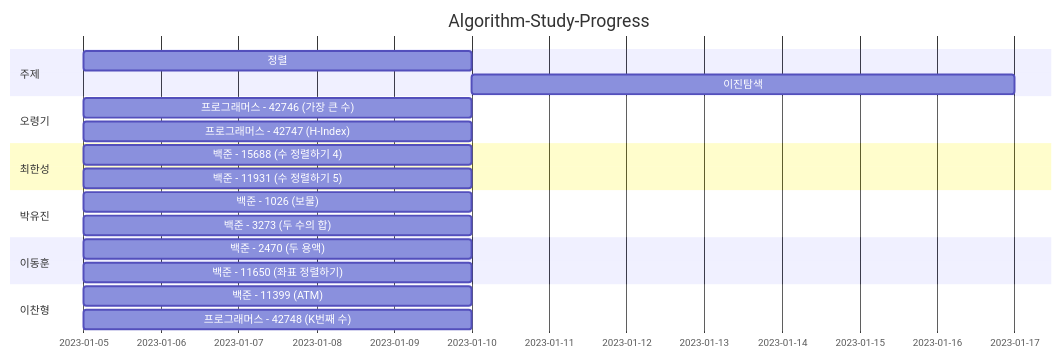
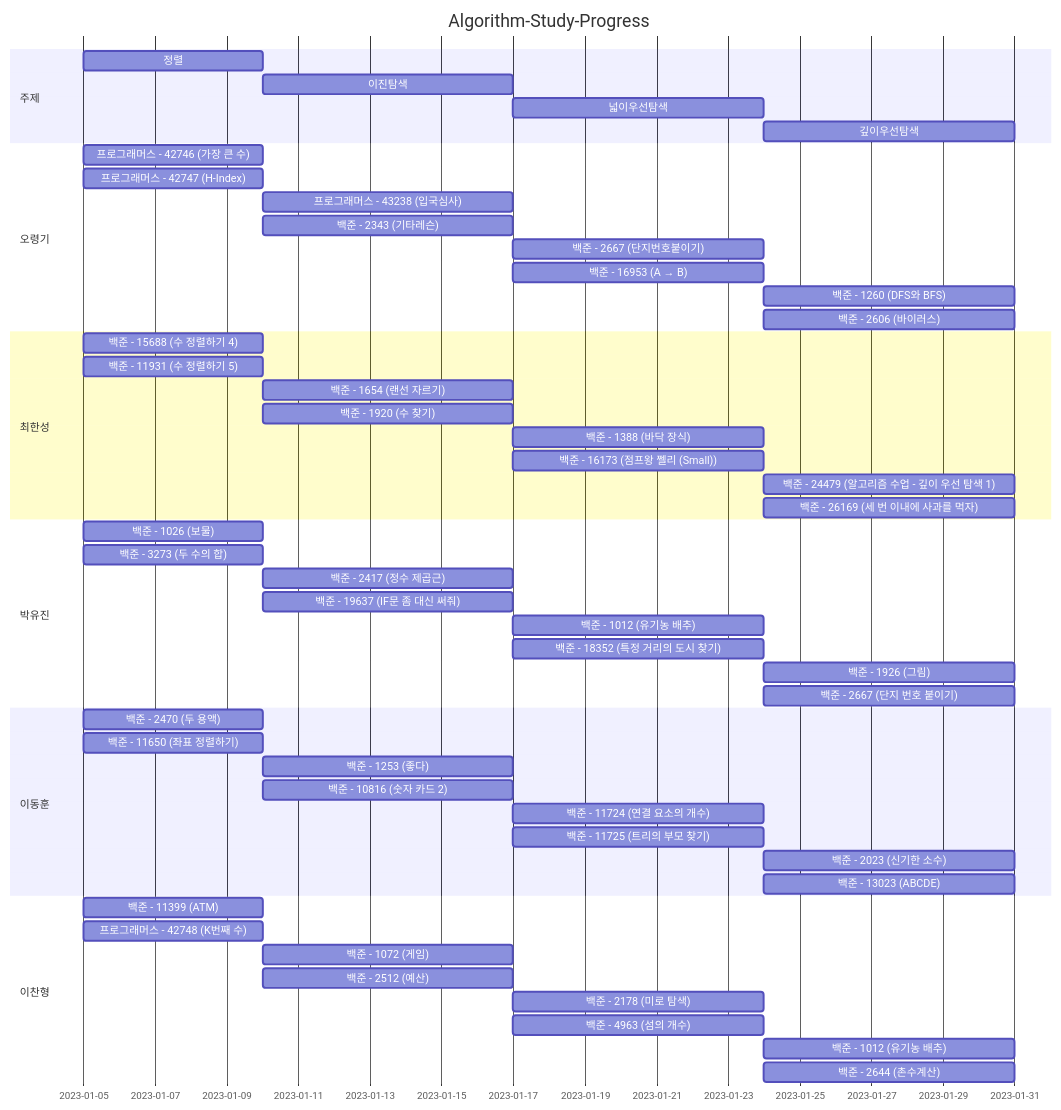
Before and after one commit to Hell-O-Algorithm/Algorithm-Wiki: the diagram in README.md, drawn with Mermaid. The commit also changed other lines of this file, not shown here.

Commit message:
update : README

````diff
--- a/README.md
+++ b/README.md
@@ -32,31 +60,62 @@
 ```mermaid
 gantt
 dateFormat YYYY-MM-DD
 title Algorithm-Study-Progress
 
     section 주제
     정렬      :chap1, 2023-01-05, 2023-01-10
     이진탐색    :chap2, 2023-01-10, 2023-01-17
-    
+    넓이우선탐색 :chap3, 2023-01-17, 2023-01-24
+    깊이우선탐색 :chap4, 2023-01-24, 2023-01-31
 
     section 오령기
-    프로그래머스 - 42746 (가장 큰 수)    : chap1, 2023-01-05, 2023-01-10
-    프로그래머스 - 42747 (H-Index)    : chap1, 2023-01-05, 2023-01-10
-
+    프로그래머스 - 42746 (가장 큰 수)   :chap1, 2023-01-05, 2023-01-10
+    프로그래머스 - 42747 (H-Index)   :chap1, 2023-01-05, 2023-01-10
+    프로그래머스 - 43238 (입국심사)    :chap2, 2023-01-10, 2023-01-17
+    백준 - 2343 (기타레슨)           :chap2, 2023-01-10, 2023-01-17
+    백준 - 2667 (단지번호붙이기)       :chap3, 2023-01-17, 2023-01-24
+    백준 - 16953 (A → B)           :chap3, 2023-01-17, 2023-01-24
+    백준 - 1260 (DFS와 BFS)        :chap4, 2023-01-24, 2023-01-31
+    백준 - 2606 (바이러스)           :chap4, 2023-01-24, 2023-01-31
+    
     section 최한성
-    백준 - 15688 (수 정렬하기 4)   : chap1, 2023-01-05, 2023-01-10
-    백준 - 11931 (수 정렬하기 5)    : chap1, 2023-01-05, 2023-01-10
+    백준 - 15688 (수 정렬하기 4)               :chap1, 2023-01-05, 2023-01-10
+    백준 - 11931 (수 정렬하기 5)               :chap1, 2023-01-05, 2023-01-10
+    백준 - 1654 (랜선 자르기)                  :chap2, 2023-01-10, 2023-01-17
+    백준 - 1920 (수 찾기)                     :chap2, 2023-01-10, 2023-01-17
+    백준 - 1388 (바닥 장식)                    :chap3, 2023-01-17, 2023-01-24
+    백준 - 16173 (점프왕 쩰리 (Small))          :chap3, 2023-01-17, 2023-01-24
+    백준 - 24479 (알고리즘 수업 - 깊이 우선 탐색 1) :chap4, 2023-01-24, 2023-01-31
+    백준 - 26169 (세 번 이내에 사과를 먹자)        :chap4, 2023-01-24, 2023-01-31
     
     section 박유진
-    백준 - 1026 (보물)       : chap1, 2023-01-05, 2023-01-10
-    백준 - 3273 (두 수의 합)  : chap1, 2023-01-05, 2023-01-10
+    백준 - 1026 (보물)               :chap1, 2023-01-05, 2023-01-10
+    백준 - 3273 (두 수의 합)          :chap1, 2023-01-05, 2023-01-10
+    백준 - 2417 (정수 제곱근)          :chap2, 2023-01-10, 2023-01-17
+    백준 - 19637 (IF문 좀 대신 써줘)    :chap2, 2023-01-10, 2023-01-17
+    백준 - 1012 (유기농 배추)          :chap3, 2023-01-17, 2023-01-24
+    백준 - 18352 (특정 거리의 도시 찾기) :chap3, 2023-01-17, 2023-01-24
+    백준 - 1926 (그림)              :chap4, 2023-01-24, 2023-01-31
+    백준 - 2667 (단지 번호 붙이기)     :chap4, 2023-01-24, 2023-01-31
     
     section 이동훈
-    백준 - 2470 (두 용액)         : chap1, 2023-01-05, 2023-01-10
-    백준 - 11650 (좌표 정렬하기)    : chap1, 2023-01-05, 2023-01-10
+    백준 - 2470 (두 용액)         :chap1, 2023-01-05, 2023-01-10
+    백준 - 11650 (좌표 정렬하기)    :chap1, 2023-01-05, 2023-01-10
+    백준 - 1253 (좋다)           :chap2, 2023-01-10, 2023-01-17
+    백준 - 10816 (숫자 카드 2)    :chap2, 2023-01-10, 2023-01-17
+    백준 - 11724 (연결 요소의 개수) :chap3, 2023-01-17, 2023-01-24
+    백준 - 11725 (트리의 부모 찾기) :chap3, 2023-01-17, 2023-01-24
+    백준 - 2023 (신기한 소수)      :chap4, 2023-01-24, 2023-01-31
+    백준 - 13023 (ABCDE)       :chap4, 2023-01-24, 2023-01-31
     
     section 이찬형
-    백준 - 11399 (ATM)           : chap1, 2023-01-05, 2023-01-10
-    프로그래머스 - 42748 (K번째 수)  : chap1, 2023-01-05, 2023-01-10
+    백준 - 11399 (ATM)           :chap1, 2023-01-05, 2023-01-10
+    프로그래머스 - 42748 (K번째 수)  :chap1, 2023-01-05, 2023-01-10
+    백준 - 1072 (게임)            :chap2, 2023-01-10, 2023-01-17
+    백준 - 2512 (예산)            :chap2, 2023-01-10, 2023-01-17
+    백준 - 2178 (미로 탐색)        :chap3, 2023-01-17, 2023-01-24
+    백준 - 4963 (섬의 개수)        :chap3, 2023-01-17, 2023-01-24
+    백준 - 1012 (유기농 배추)       :chap4, 2023-01-24, 2023-01-31
+    백준 - 2644 (촌수계산)         :chap4, 2023-01-24, 2023-01-31
 
 ```
````
